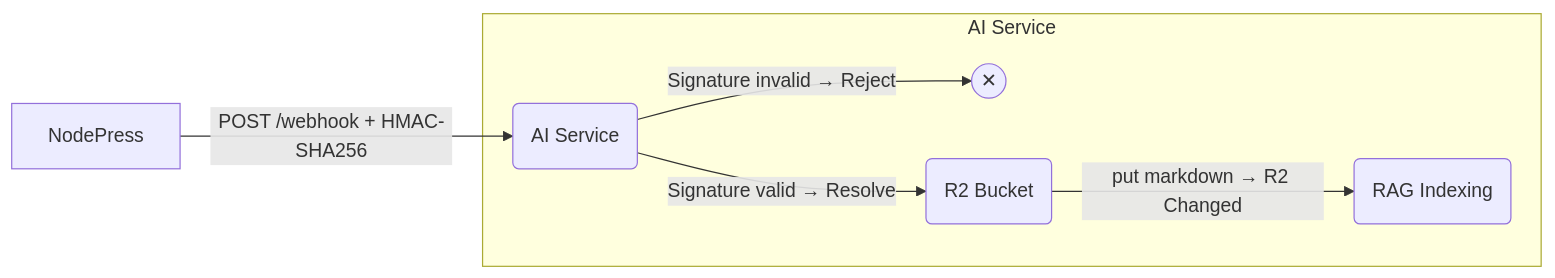
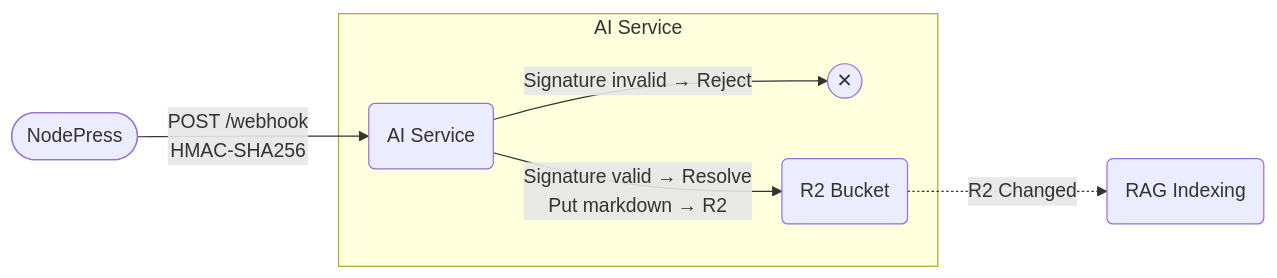
Before and after one commit to surmon-china/surmon.me.ai: the second of 4 diagrams in ARCHITECTURE.zh-CN.md, drawn with Mermaid. The commit also changed other lines of this file, not shown here.

````diff
--- a/ARCHITECTURE.zh-CN.md
+++ b/ARCHITECTURE.zh-CN.md
@@ -113,9 +113,9 @@
 ```mermaid
 flowchart LR
-    NodePress --> |"POST /webhook + HMAC-SHA256"| AIService("AI Service")
+    NodePress(["NodePress"]) --> |"POST /webhook <br> HMAC-SHA256"| AIService("AI Service")
     subgraph AI ["AI Service"]
         AIService --> |"Signature invalid → Reject"| STOP(("✕"))
-        AIService --> |"Signature valid → Resolve"| R2("R2 Bucket")
-        R2 --> |"put markdown → R2 Changed"| RAG("RAG Indexing")
+        AIService --> |"Signature valid → Resolve <br> Put markdown → R2"| R2("R2 Bucket")
     end
+     R2 -.-> |"R2 Changed"| RAG("RAG Indexing")
 ```
````
